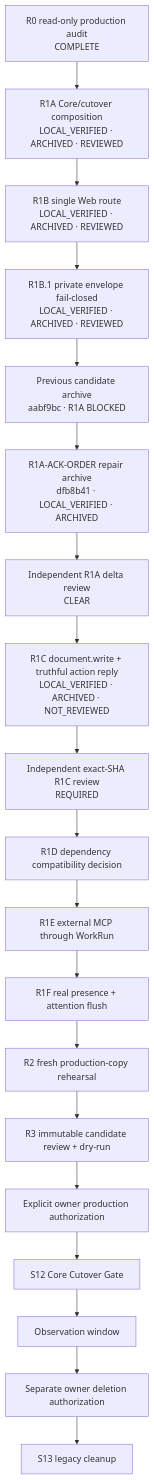
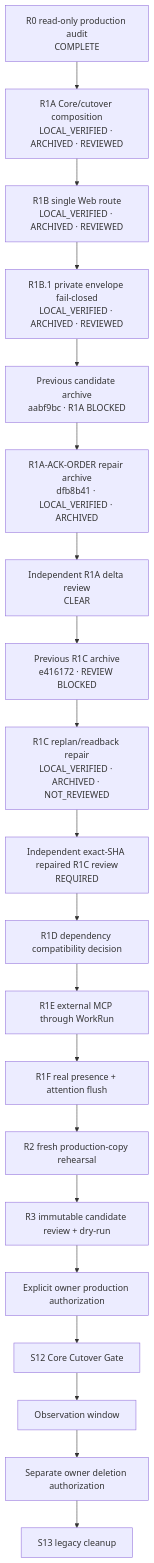
Before and after one commit to F-crystal/ran-agent: the diagram in docs/governance/s12-readiness-topology.md, drawn with Mermaid. The commit also changed other lines of this file and 8 other files, not shown here.

````diff
--- a/docs/governance/s12-readiness-topology.md
+++ b/docs/governance/s12-readiness-topology.md
@@ -39,21 +39,22 @@
 ```mermaid
 flowchart TD
     R0["R0 read-only production audit<br/>COMPLETE"] --> R1A["R1A Core/cutover composition<br/>LOCAL_VERIFIED · ARCHIVED · REVIEWED"]
     R1A --> R1B["R1B single Web route<br/>LOCAL_VERIFIED · ARCHIVED · REVIEWED"]
     R1B --> R1B1["R1B.1 private envelope fail-closed<br/>LOCAL_VERIFIED · ARCHIVED · REVIEWED"]
     R1B1 --> RA["Previous candidate archive<br/>aabf9bc · R1A BLOCKED"]
     RA --> RF["R1A-ACK-ORDER repair archive<br/>dfb8b41 · LOCAL_VERIFIED · ARCHIVED"]
     RF --> RI["Independent R1A delta review<br/>CLEAR"]
-    RI --> R1C["R1C document.write + truthful action reply<br/>LOCAL_VERIFIED · ARCHIVED · NOT_REVIEWED"]
-    R1C --> RC["Independent exact-SHA R1C review<br/>REQUIRED"]
+    RI --> R1C0["Previous R1C archive<br/>e416172 · REVIEW BLOCKED"]
+    R1C0 --> R1C["R1C replan/readback repair<br/>LOCAL_VERIFIED · ARCHIVED · NOT_REVIEWED"]
+    R1C --> RC["Independent exact-SHA repaired R1C review<br/>REQUIRED"]
     RC --> R1D["R1D dependency compatibility decision"]
     R1D --> R1E["R1E external MCP through WorkRun"]
     R1E --> R1F["R1F real presence + attention flush"]
     R1F --> R2["R2 fresh production-copy rehearsal"]
     R2 --> R3["R3 immutable candidate review + dry-run"]
     R3 --> OA["Explicit owner production authorization"]
     OA --> S12["S12 Core Cutover Gate"]
     S12 --> OBS["Observation window"]
     OBS --> DA["Separate owner deletion authorization"]
     DA --> S13["S13 legacy cleanup"]
 ```
````
